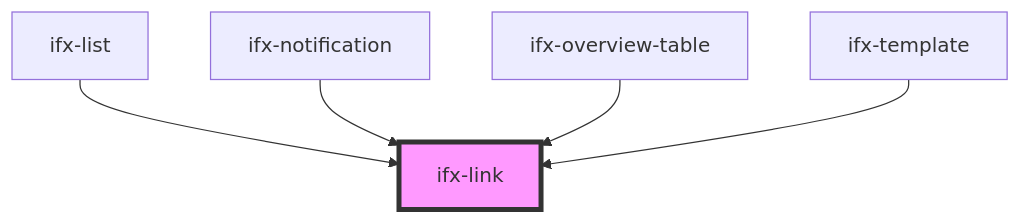
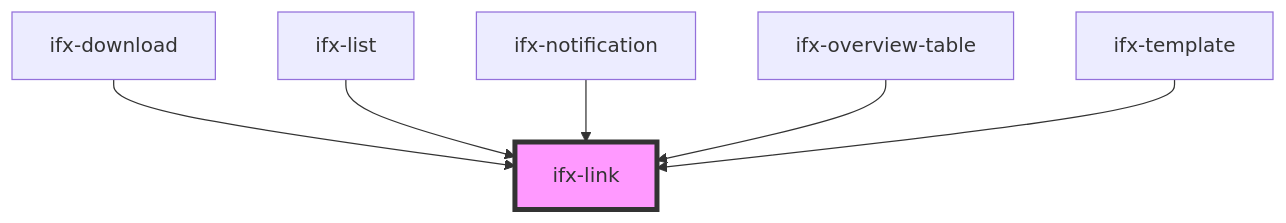
One commit to Infineon/infineon-design-system-stencil changed the diagram in packages/components/src/components/link/readme.md. Above: the diagram before and after it, drawn with Mermaid. The commit also changed other lines of this file and 3 other files, not shown here.

````diff
--- a/packages/components/src/components/link/readme.md
+++ b/packages/components/src/components/link/readme.md
@@ -30,8 +31,9 @@
 ```mermaid
 graph TD;
+  ifx-download --> ifx-link
   ifx-list --> ifx-link
   ifx-notification --> ifx-link
   ifx-overview-table --> ifx-link
   ifx-template --> ifx-link
   style ifx-link fill:#f9f,stroke:#333,stroke-width:4px
 ```
````
